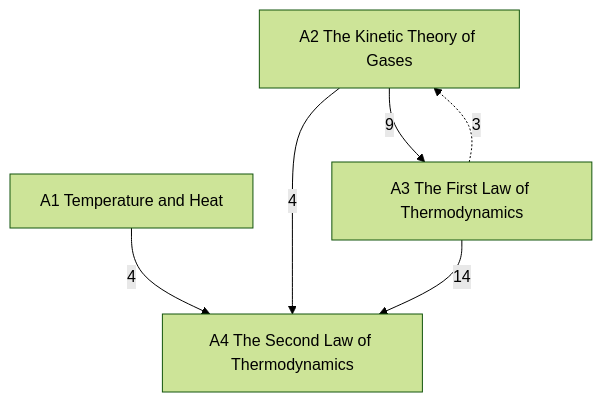
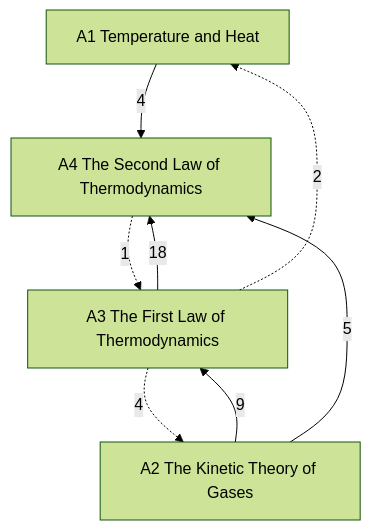
Before and after one commit to Onion20040508/notes: the diagram in Physics/Thermal and Statistical Physics/Thermal and Statistical Physics.md, drawn with Mermaid (forest theme). The commit also changed 8 other files, not shown here.

````diff
--- a/Physics/Thermal and Statistical Physics/Thermal and Statistical Physics.md
+++ b/Physics/Thermal and Statistical Physics/Thermal and Statistical Physics.md
@@ -23,12 +23,14 @@
 ```mermaid
 graph TD
   A1["A1 Temperature and Heat"]
   A2["A2 The Kinetic Theory of Gases"]
   A3["A3 The First Law of Thermodynamics"]
   A4["A4 The Second Law of Thermodynamics"]
   A2 -->|9| A3
   A1 -->|4| A4
-  A2 -->|4| A4
-  A3 -->|14| A4
-  A3 -.->|3| A2
+  A2 -->|5| A4
+  A3 -->|18| A4
+  A3 -.->|2| A1
+  A3 -.->|4| A2
+  A4 -.->|1| A3
 ```
````
